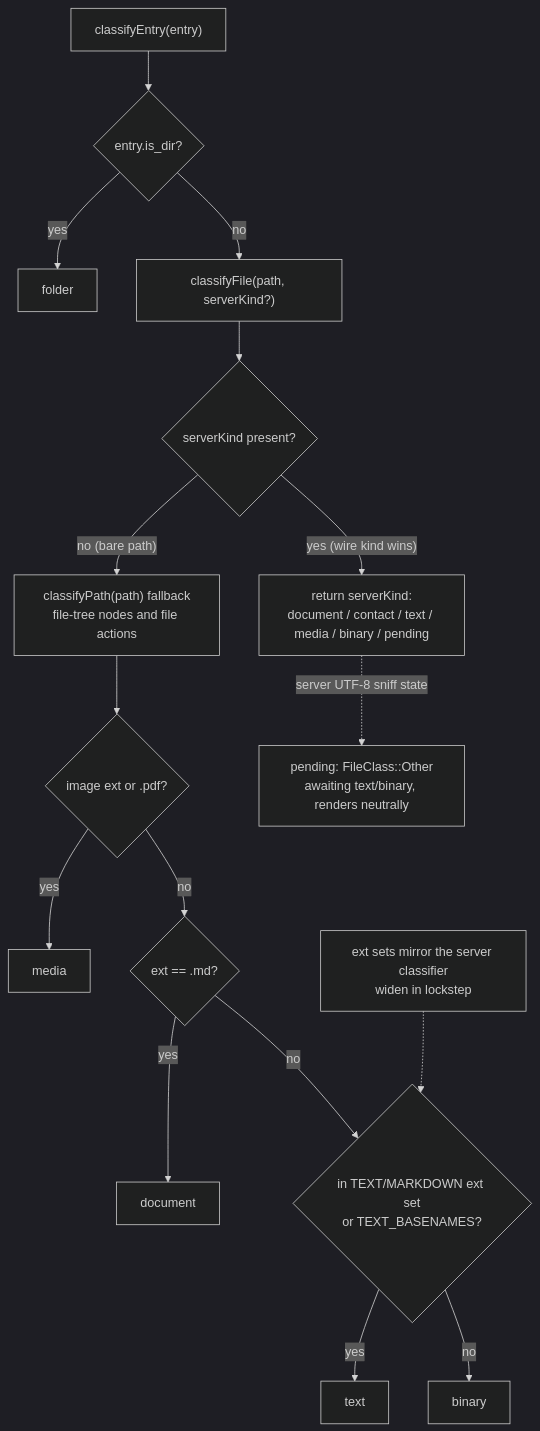
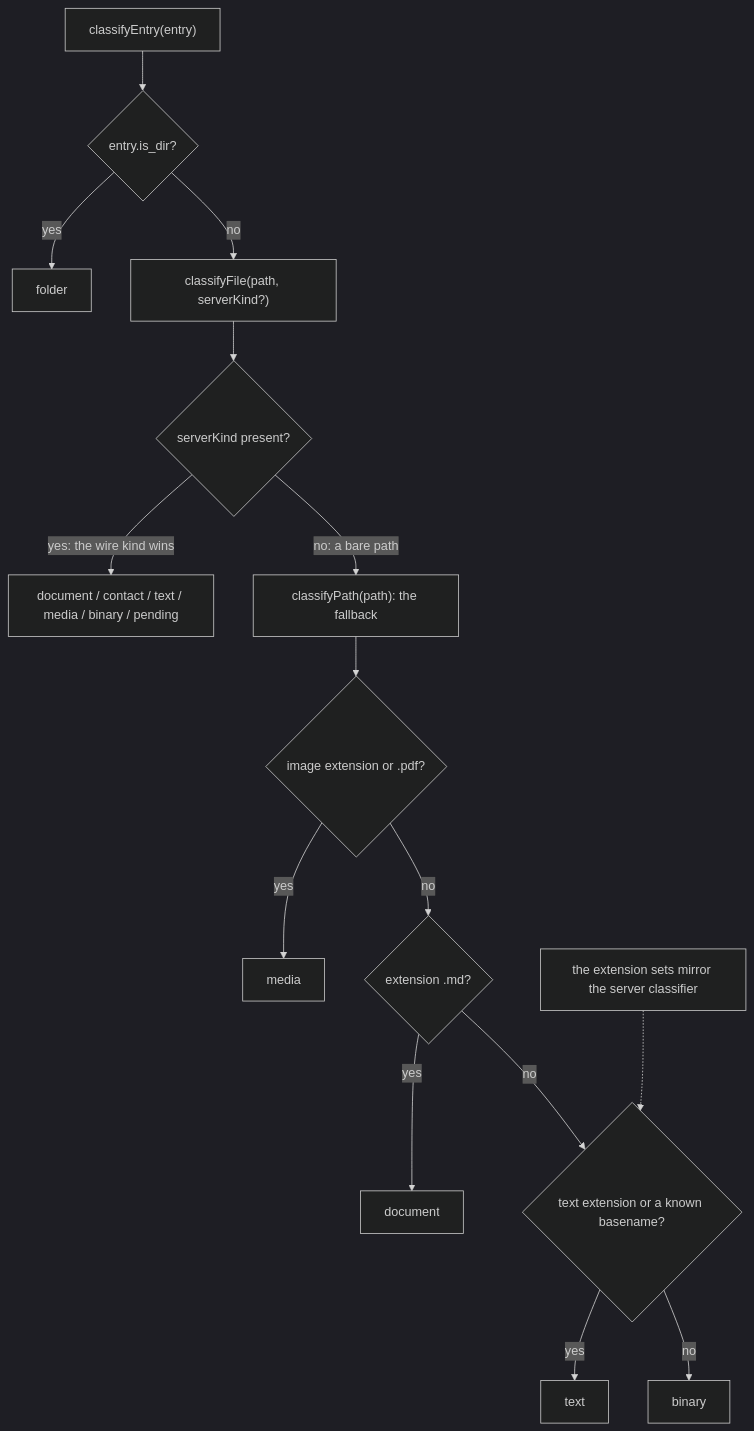
One commit to fiorix/chan changed the fourth of 4 diagrams in web/packages/workspace-app/src/design.md. Above: the diagram before and after it, drawn with Mermaid (dark theme). The commit also changed other lines of this file and 17 other files, not shown here.

````diff
--- a/web/packages/workspace-app/src/design.md
+++ b/web/packages/workspace-app/src/design.md
@@ -349,18 +178,17 @@
 ```mermaid
 flowchart TD
     Entry["classifyEntry(entry)"] --> IsDir{"entry.is_dir?"}
     IsDir -->|yes| Folder["folder"]
     IsDir -->|no| CF["classifyFile(path, serverKind?)"]
     CF --> HasServer{"serverKind present?"}
-    HasServer -->|"yes (wire kind wins)"| ServerWins["return serverKind:<br/>document / contact / text / media / binary / pending"]
-    HasServer -->|"no (bare path)"| CP["classifyPath(path) fallback<br/>file-tree nodes and file actions"]
-    CP --> ExtImg{"image ext or .pdf?"}
+    HasServer -->|"yes: the wire kind wins"| ServerWins["document / contact / text / media / binary / pending"]
+    HasServer -->|"no: a bare path"| CP["classifyPath(path): the fallback"]
+    CP --> ExtImg{"image extension or .pdf?"}
     ExtImg -->|yes| Media["media"]
-    ExtImg -->|no| ExtMd{"ext == .md?"}
+    ExtImg -->|no| ExtMd{"extension .md?"}
     ExtMd -->|yes| Document["document"]
-    ExtMd -->|no| ExtText{"in TEXT/MARKDOWN ext set<br/>or TEXT_BASENAMES?"}
+    ExtMd -->|no| ExtText{"text extension or a known basename?"}
     ExtText -->|yes| Text["text"]
     ExtText -->|no| Binary["binary"]
-    ServerWins -.->|"server UTF-8 sniff state"| Pending["pending: FileClass::Other<br/>awaiting text/binary, renders neutrally"]
-    Note["ext sets mirror the server classifier<br/>widen in lockstep"] -.-> ExtText
+    Note["the extension sets mirror the server classifier"] -.-> ExtText
 ```
````
